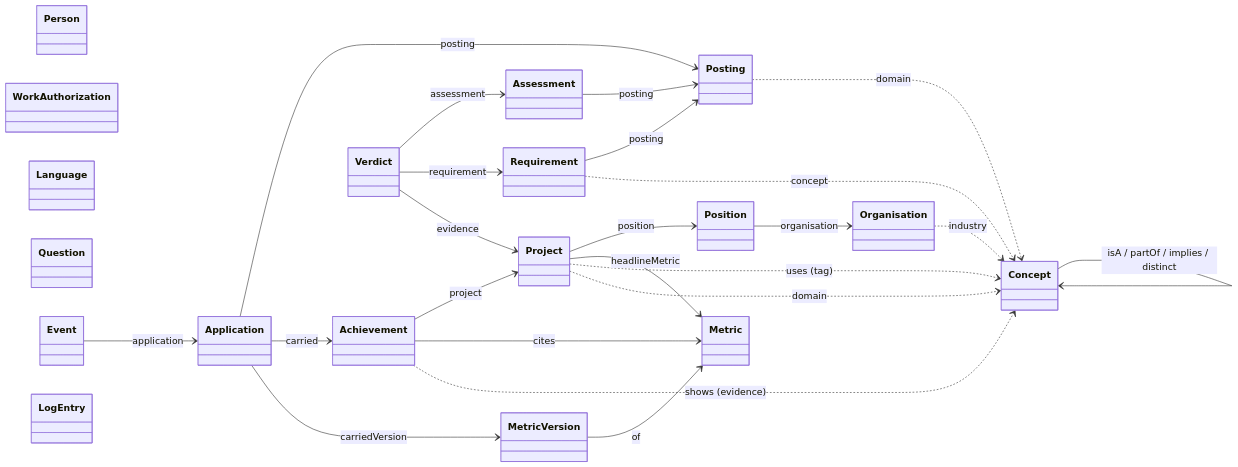
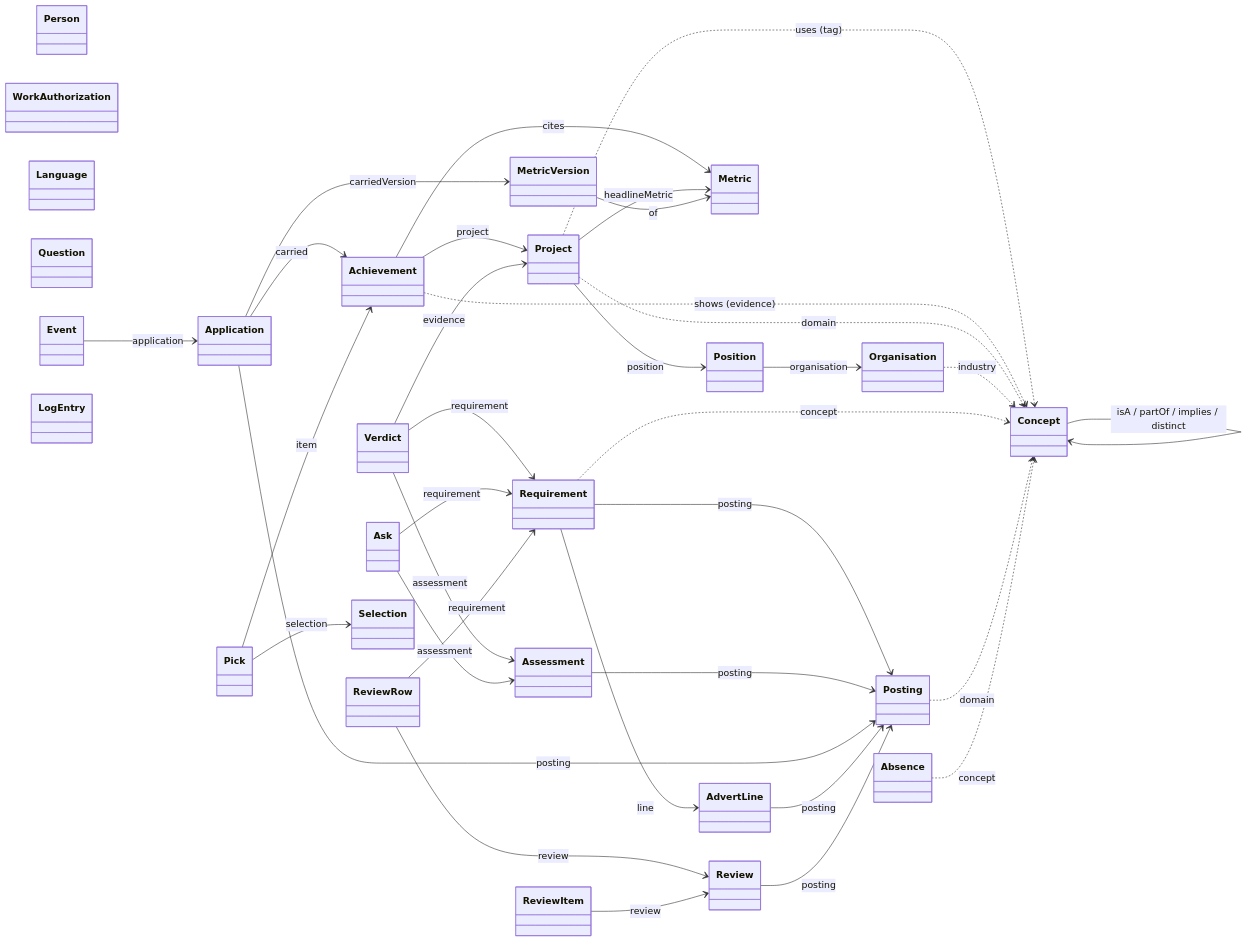
The diagram in docs/ONTOLOGY.md (basilinjoe/job-seeker-skills), drawn with Mermaid before and after one commit. The commit also changed other lines of this file and 30 other files, not shown here.

````diff
--- a/docs/ONTOLOGY.md
+++ b/docs/ONTOLOGY.md
@@ -135,46 +146,66 @@
 ```mermaid
 classDiagram
     direction LR
     class Person
     class WorkAuthorization
     class Language
     class Organisation
     class Position
     class Project
     class Achievement
     class Metric
     class MetricVersion
     class Concept
     class Question
     class Posting
     class Requirement
     class Assessment
     class Verdict
     class Application
     class Event
     class LogEntry
+    class Absence
+    class AdvertLine
+    class Ask
+    class Review
+    class ReviewRow
+    class ReviewItem
+    class Selection
+    class Pick
 
     Position --> Organisation : organisation
     Project --> Position : position
     Achievement --> Project : project
     Achievement --> Metric : cites
     Project --> Metric : headlineMetric
     MetricVersion --> Metric : of
     Project ..> Concept : uses (tag)
     Achievement ..> Concept : shows (evidence)
     Project ..> Concept : domain
     Organisation ..> Concept : industry
     Concept --> Concept : isA / partOf / implies / distinct
 
     Requirement --> Posting : posting
     Requirement ..> Concept : concept
     Posting ..> Concept : domain
     Assessment --> Posting : posting
     Verdict --> Assessment : assessment
     Verdict --> Requirement : requirement
     Verdict --> Project : evidence
     Application --> Posting : posting
     Application --> Achievement : carried
     Application --> MetricVersion : carriedVersion
     Event --> Application : application
+
+    Absence ..> Concept : concept
+    AdvertLine --> Posting : posting
+    Requirement --> AdvertLine : line
+    Ask --> Assessment : assessment
+    Ask --> Requirement : requirement
+    Review --> Posting : posting
+    ReviewRow --> Review : review
+    ReviewRow --> Requirement : requirement
+    ReviewItem --> Review : review
+    Pick --> Selection : selection
+    Pick --> Achievement : item
 ```
````
